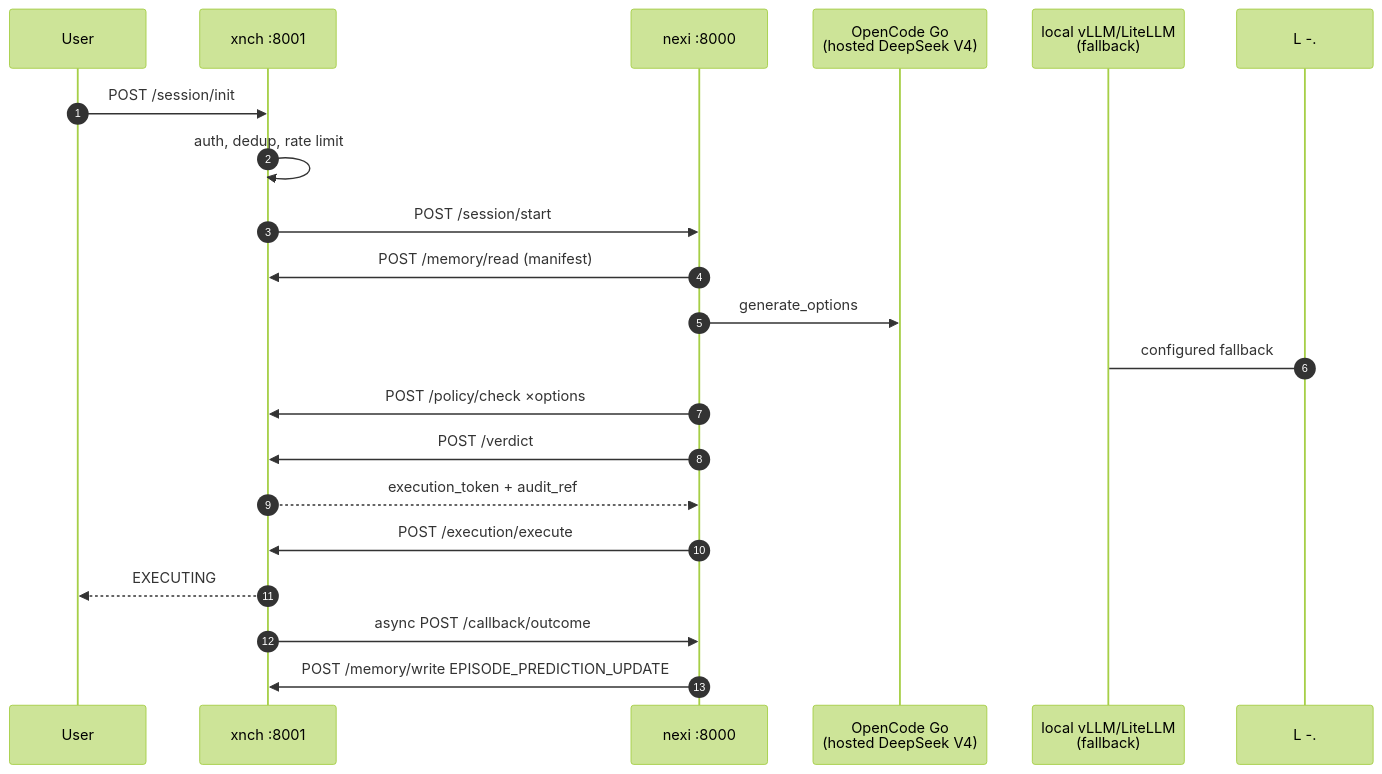
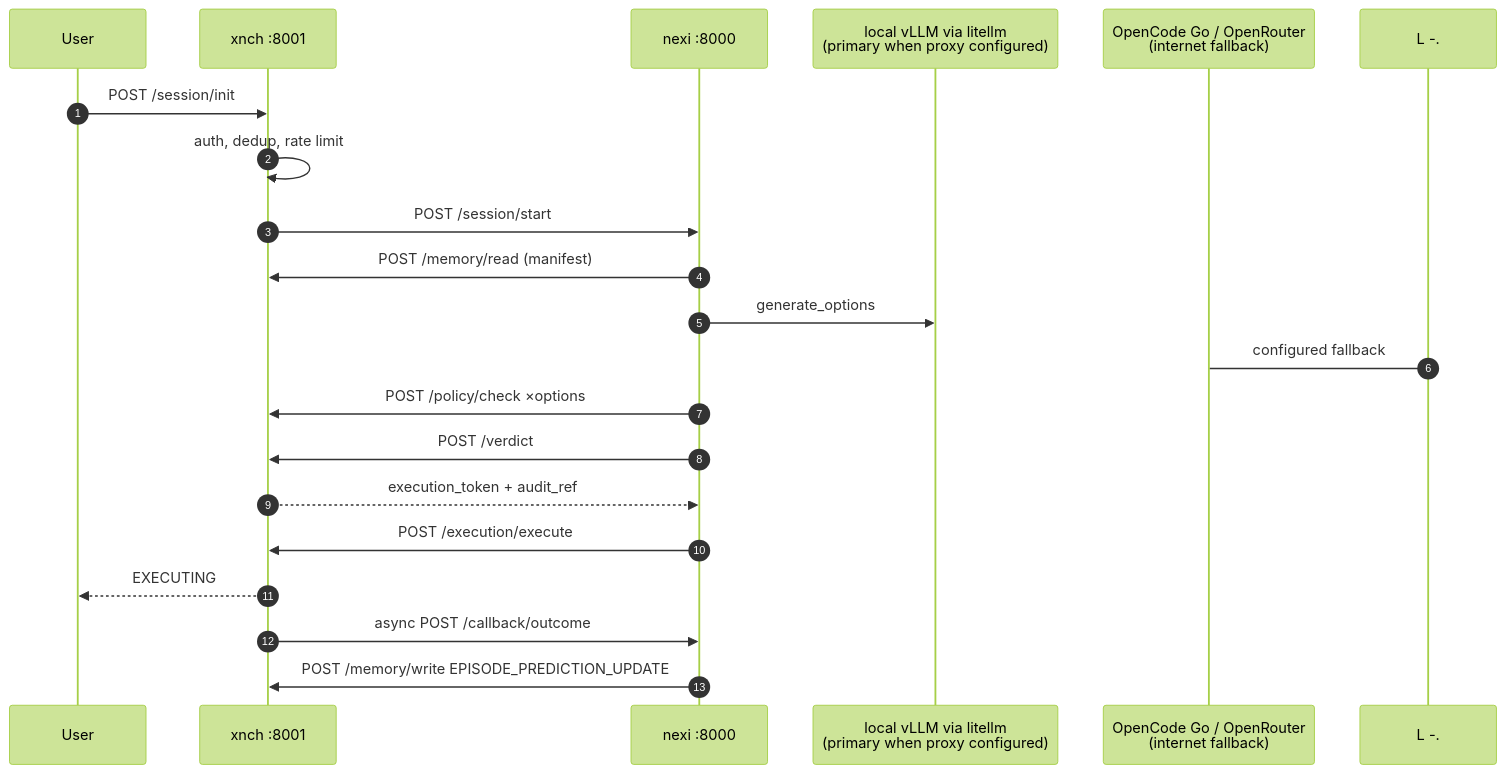
One commit to x-nch/xnchSystems changed the diagram in docs/architecture/decision-pipeline.md. Above: the diagram before and after it, drawn with Mermaid (forest theme). The commit also changed other lines of this file and 3 other files, not shown here.

Commit message:
docs: nexi model router — litellm local primary + OpenRouter free-only fallback

````diff
--- a/docs/architecture/decision-pipeline.md
+++ b/docs/architecture/decision-pipeline.md
@@ -25,22 +26,22 @@
 ```mermaid
 sequenceDiagram
     autonumber
     participant U as User
     participant X as xnch :8001
     participant N as nexi :8000
-    participant L as OpenCode Go<br/>(hosted DeepSeek V4)
-    participant V as local vLLM/LiteLLM<br/>(fallback)
+    participant L as local vLLM via litellm<br/>(primary when proxy configured)
+    participant V as OpenCode Go / OpenRouter<br/>(internet fallback)
     U->>X: POST /session/init
     X->>X: auth, dedup, rate limit
     X->>N: POST /session/start
     N->>X: POST /memory/read (manifest)
     N->>L: generate_options
     L -.-> V: configured fallback
     N->>X: POST /policy/check ×options
     N->>X: POST /verdict
     X-->>N: execution_token + audit_ref
     N->>X: POST /execution/execute
     X-->>U: EXECUTING
     X->>N: async POST /callback/outcome
     N->>X: POST /memory/write EPISODE_PREDICTION_UPDATE
 ```
````
